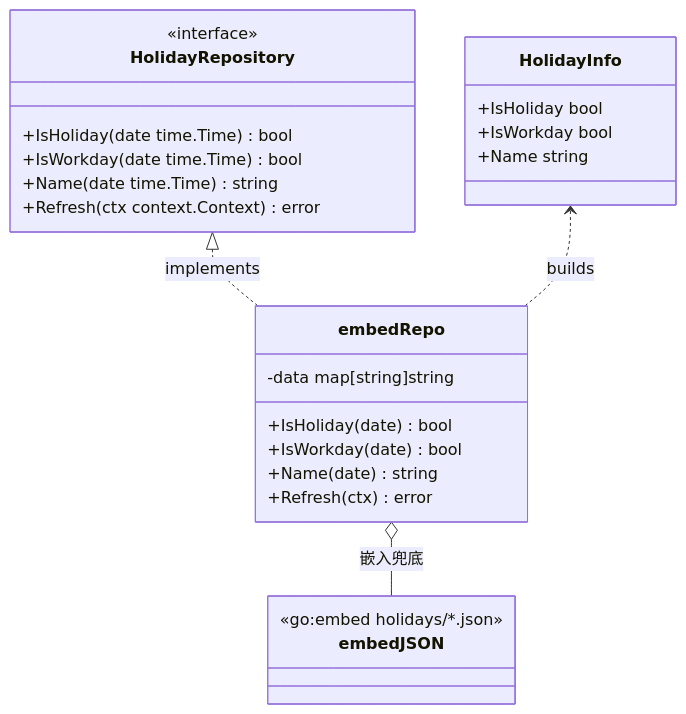
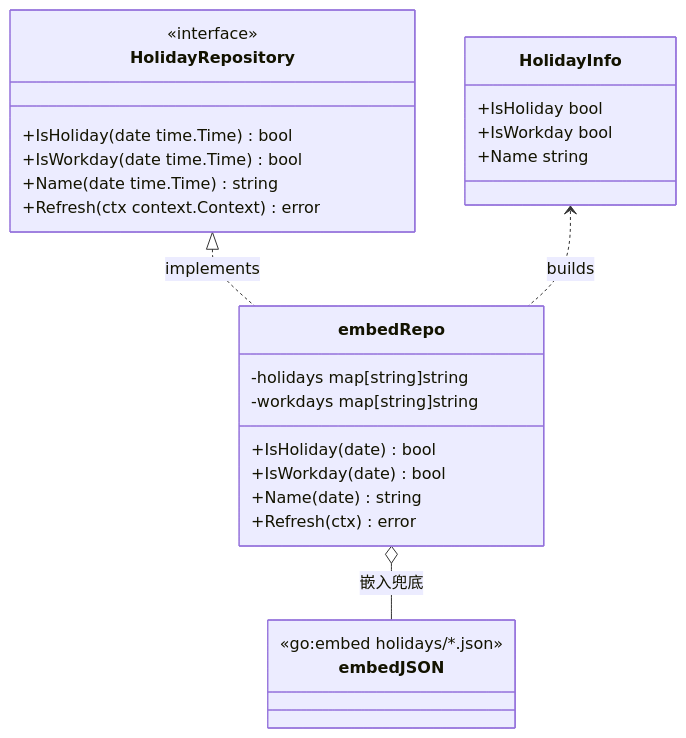
One commit to shaolei/DeskCalendar changed the first of 4 diagrams in docs/50-Calendar/Holiday.md. Above: the diagram before and after it, drawn with Mermaid. The commit also changed other lines of this file and 7 other files, not shown here.

````diff
--- a/docs/50-Calendar/Holiday.md
+++ b/docs/50-Calendar/Holiday.md
@@ -25,28 +25,29 @@
 ```mermaid
 classDiagram
     class HolidayRepository {
         <<interface>>
         +IsHoliday(date time.Time) bool
         +IsWorkday(date time.Time) bool
         +Name(date time.Time) string
         +Refresh(ctx context.Context) error
     }
     class HolidayInfo {
         +IsHoliday bool
         +IsWorkday bool
         +Name string
     }
     class embedRepo {
-        -data map[string]string
+        -holidays map[string]string
+        -workdays map[string]string
         +IsHoliday(date) bool
         +IsWorkday(date) bool
         +Name(date) string
         +Refresh(ctx) error
     }
     class embedJSON {
         <<go:embed holidays/*.json>>
     }
     HolidayRepository <|.. embedRepo : implements
     embedRepo o-- embedJSON : 嵌入兜底
     HolidayInfo <.. embedRepo : builds
 ```
````
